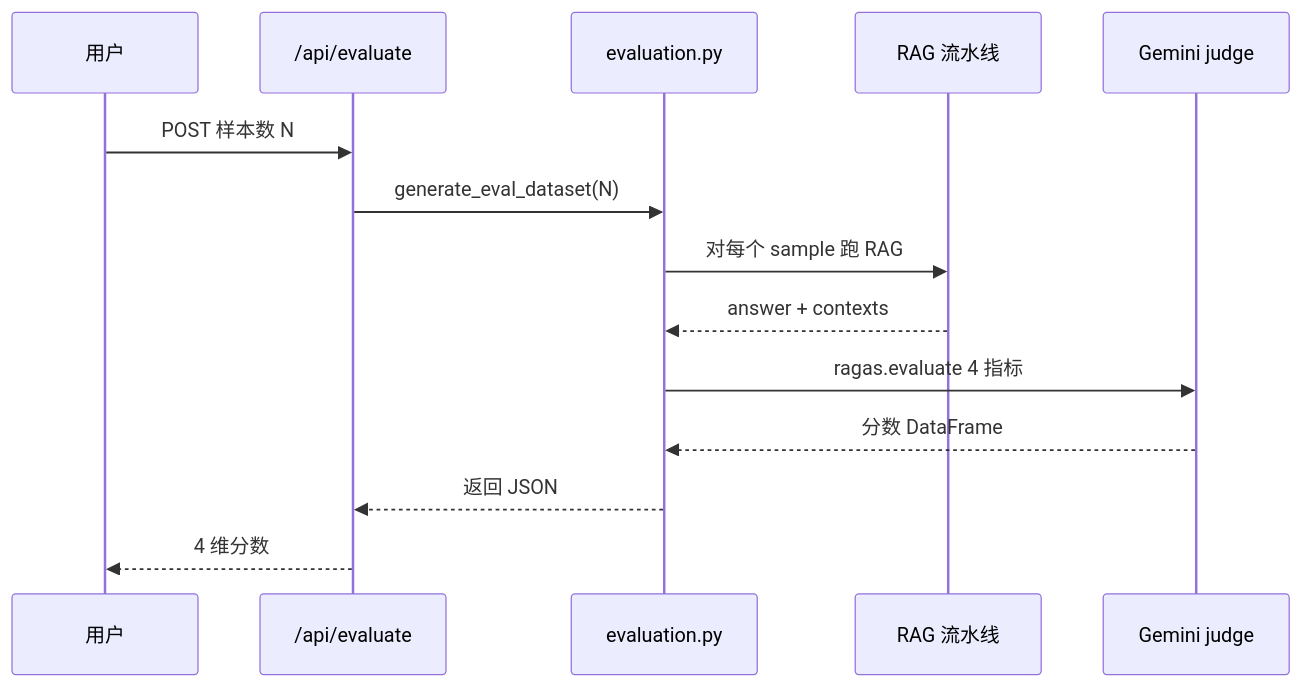
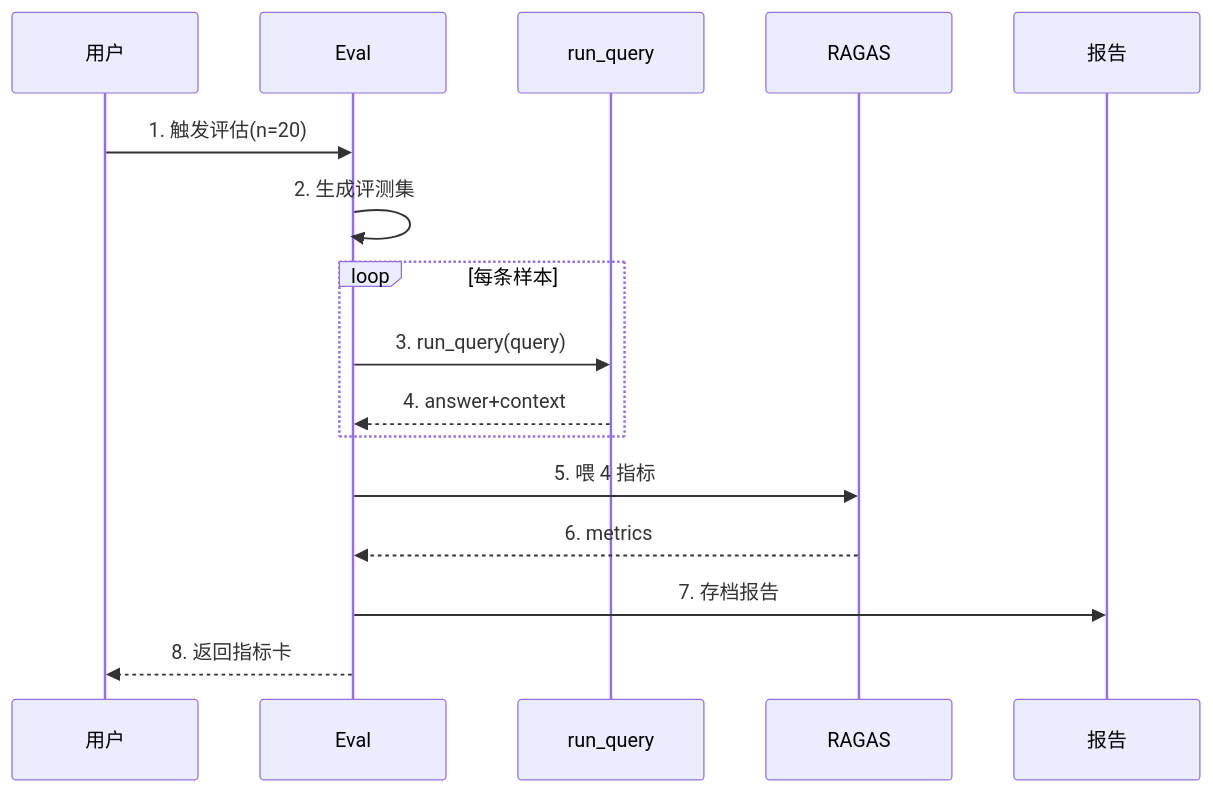
The tenth of 16 diagrams in docs/omnirag_learning_doc.md (asfhkkkvh/agent), drawn with Mermaid before and after one commit. The commit also changed other lines of this file and 23 other files, not shown here.

First line of the commit message:
feat: LLM 迁移智谱 GLM + 移除知识图谱 + RAGAS 改轻量评估

````diff
--- a/docs/omnirag_learning_doc.md
+++ b/docs/omnirag_learning_doc.md
@@ -890,16 +998,18 @@
 ```mermaid
 sequenceDiagram
     participant U as 用户
-    participant API as /api/evaluate
-    participant E as evaluation.py
-    participant R as RAG 流水线
-    participant G as Gemini judge
-    U->>API: POST 样本数 N
-    API->>E: generate_eval_dataset(N)
-    E->>R: 对每个 sample 跑 RAG
-    R-->>E: answer + contexts
-    E->>G: ragas.evaluate 4 指标
-    G-->>E: 分数 DataFrame
-    E-->>API: 返回 JSON
-    API-->>U: 4 维分数
+    participant E as Eval
+    participant G as run_query
+    participant RAGAS as RAGAS
+    participant F as 报告
+    U->>E: 1. 触发评估(n=20)
+    E->>E: 2. 生成评测集
+    loop 每条样本
+        E->>G: 3. run_query(query)
+        G-->>E: 4. answer+context
+    end
+    E->>RAGAS: 5. 喂 4 指标
+    RAGAS-->>E: 6. metrics
+    E->>F: 7. 存档报告
+    E-->>U: 8. 返回指标卡
 ```
````
